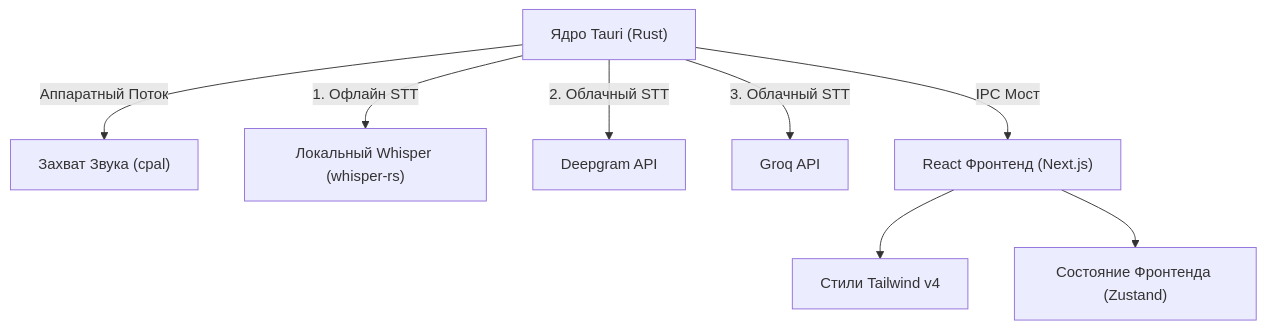
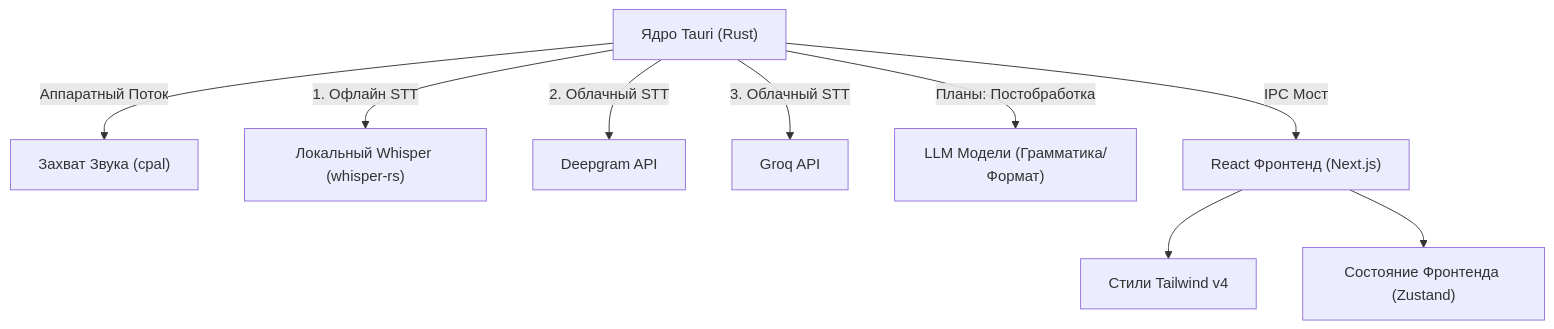
The diagram in docs/TECHNICAL.ru.md (AVP-Dev/nyx-vox), drawn with Mermaid before and after one commit. The commit also changed other lines of this file and 3 other files, not shown here.

Commit message:
docs: finalize readme and technical specs with contributor info and AI roadmap

````diff
--- a/docs/TECHNICAL.ru.md
+++ b/docs/TECHNICAL.ru.md
@@ -24,10 +24,11 @@
 ```mermaid
 graph TD
     A["Ядро Tauri (Rust)"] -->|Аппаратный Поток| C["Захват Звука (cpal)"]
     A -->|1. Офлайн STT| B["Локальный Whisper (whisper-rs)"]
     A -->|2. Облачный STT| G["Deepgram API"]
     A -->|3. Облачный STT| H["Groq API"]
+    A -->|Планы: Постобработка| I["LLM Модели (Грамматика/Формат)"]
     A -->|IPC Мост| D["React Фронтенд (Next.js)"]
     D --> E["Стили Tailwind v4"]
     D --> F["Состояние Фронтенда (Zustand)"]
 ```
````
